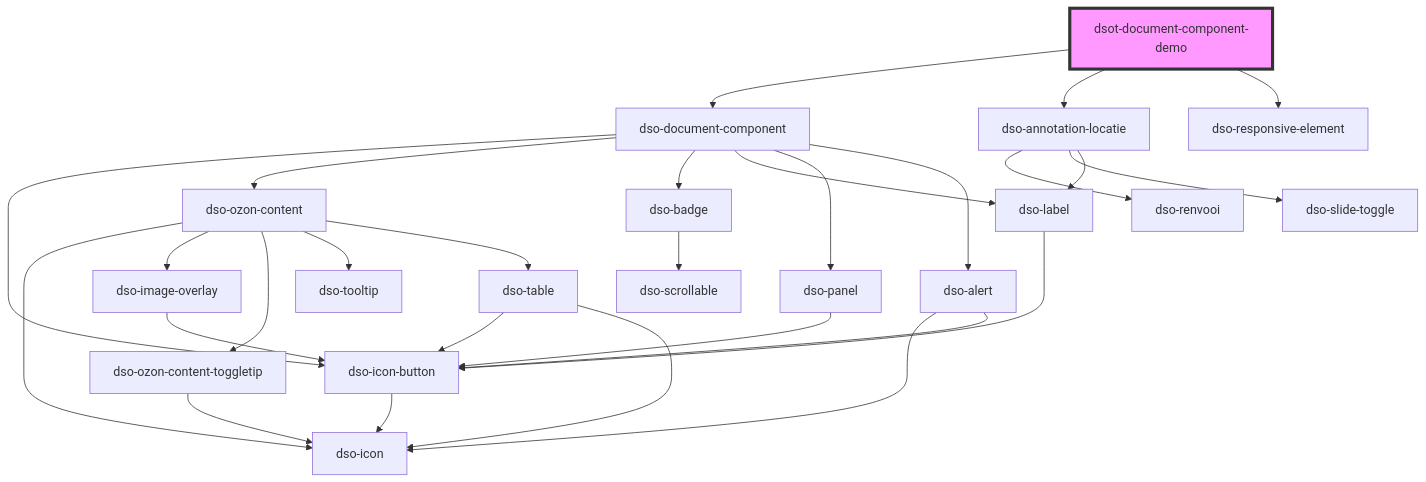
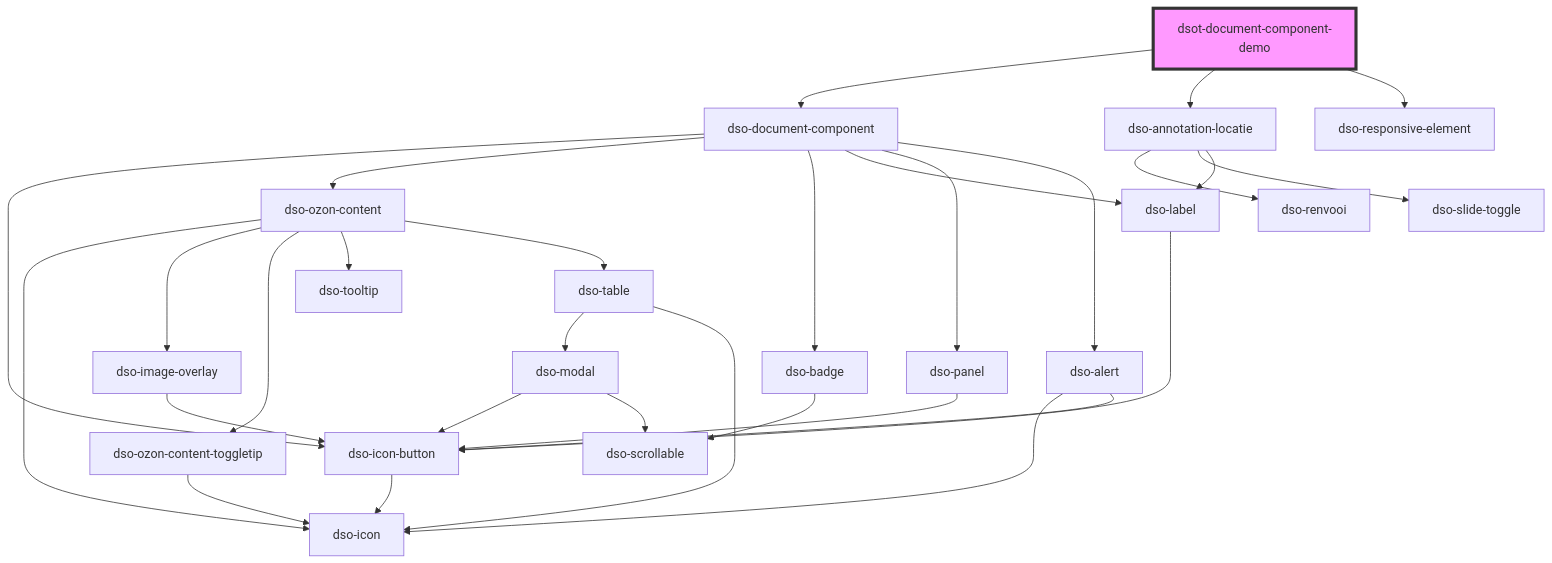
One commit to dso-toolkit/dso-toolkit changed the diagram in packages/core/src/components/document-component-demo/readme.md. Above: the diagram before and after it, drawn with Mermaid. The commit also changed 25 other files, not shown here.

````diff
--- a/packages/core/src/components/document-component-demo/readme.md
+++ b/packages/core/src/components/document-component-demo/readme.md
@@ -38,31 +38,33 @@
 ```mermaid
 graph TD;
   dsot-document-component-demo --> dso-document-component
   dsot-document-component-demo --> dso-annotation-locatie
   dsot-document-component-demo --> dso-responsive-element
   dso-document-component --> dso-icon-button
   dso-document-component --> dso-ozon-content
   dso-document-component --> dso-badge
   dso-document-component --> dso-label
   dso-document-component --> dso-panel
   dso-document-component --> dso-alert
   dso-icon-button --> dso-icon
   dso-ozon-content --> dso-icon
   dso-ozon-content --> dso-image-overlay
   dso-ozon-content --> dso-ozon-content-toggletip
   dso-ozon-content --> dso-tooltip
   dso-ozon-content --> dso-table
   dso-image-overlay --> dso-icon-button
   dso-ozon-content-toggletip --> dso-icon
-  dso-table --> dso-icon-button
+  dso-table --> dso-modal
   dso-table --> dso-icon
+  dso-modal --> dso-icon-button
+  dso-modal --> dso-scrollable
   dso-badge --> dso-scrollable
   dso-label --> dso-icon-button
   dso-panel --> dso-icon-button
   dso-alert --> dso-icon
   dso-alert --> dso-icon-button
   dso-annotation-locatie --> dso-renvooi
   dso-annotation-locatie --> dso-slide-toggle
   dso-annotation-locatie --> dso-label
   style dsot-document-component-demo fill:#f9f,stroke:#333,stroke-width:4px
 ```
````
